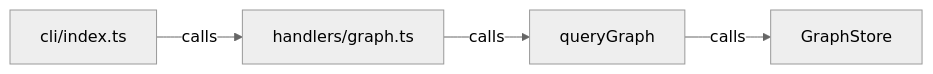
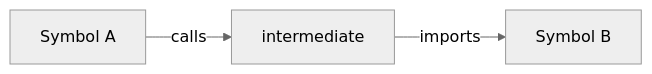
The third of 5 diagrams in docs/i18n/en/concepts/03-busqueda-y-consultas.md (Kolimar/leina), drawn with Mermaid (neutral theme) before and after one commit. The commit also changed other lines of this file and 22 other files, not shown here.

````diff
--- a/docs/i18n/en/concepts/03-busqueda-y-consultas.md
+++ b/docs/i18n/en/concepts/03-busqueda-y-consultas.md
@@ -85,6 +85,5 @@
 ```mermaid
 flowchart LR
-    cli["cli/index.ts"] -->|calls| handler["handlers/graph.ts"]
-    handler -->|calls| query["queryGraph"]
-    query -->|calls| store["GraphStore"]
+    a["Symbol A"] -->|calls| b["intermediate"]
+    b -->|imports| c["Symbol B"]
 ```
````
